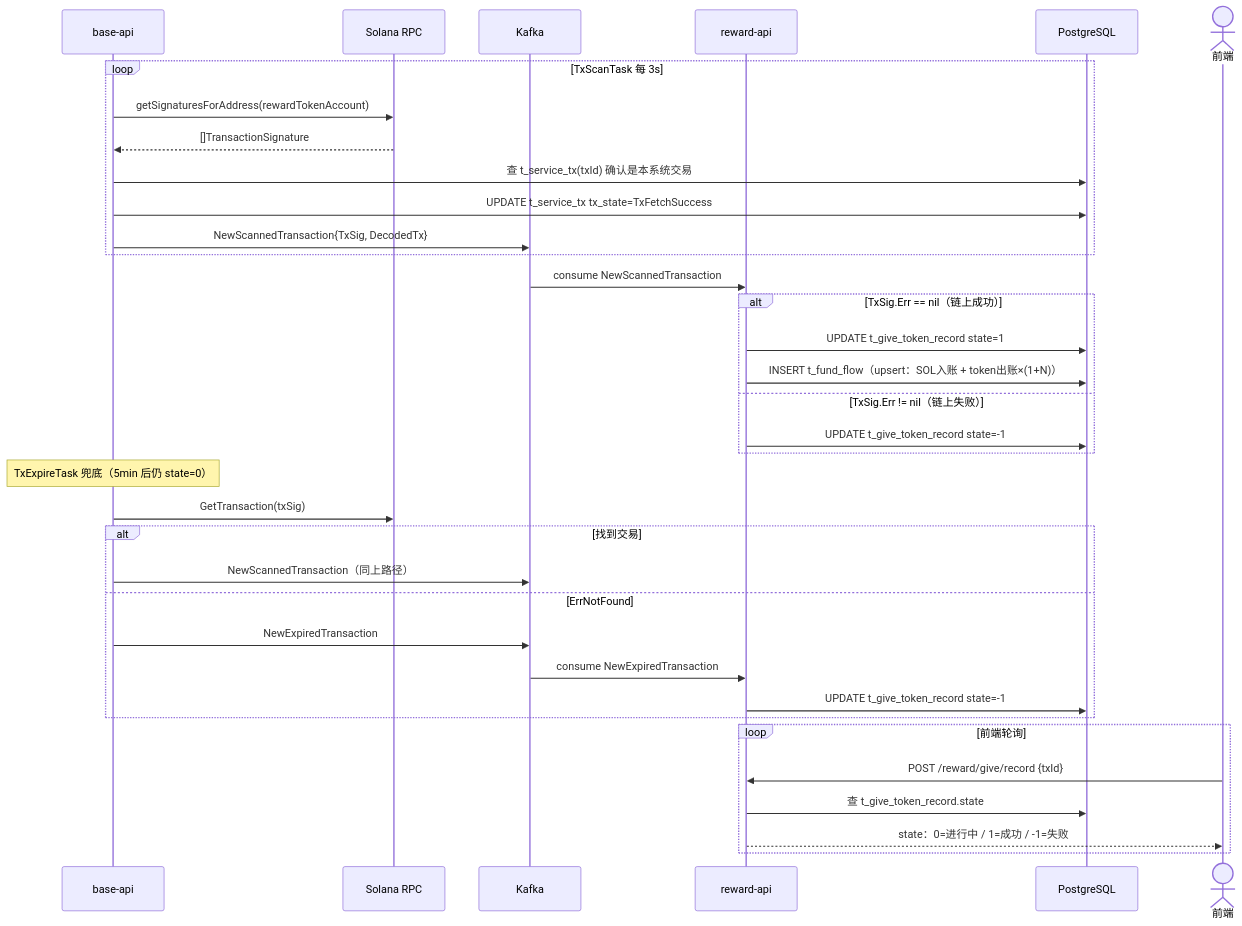
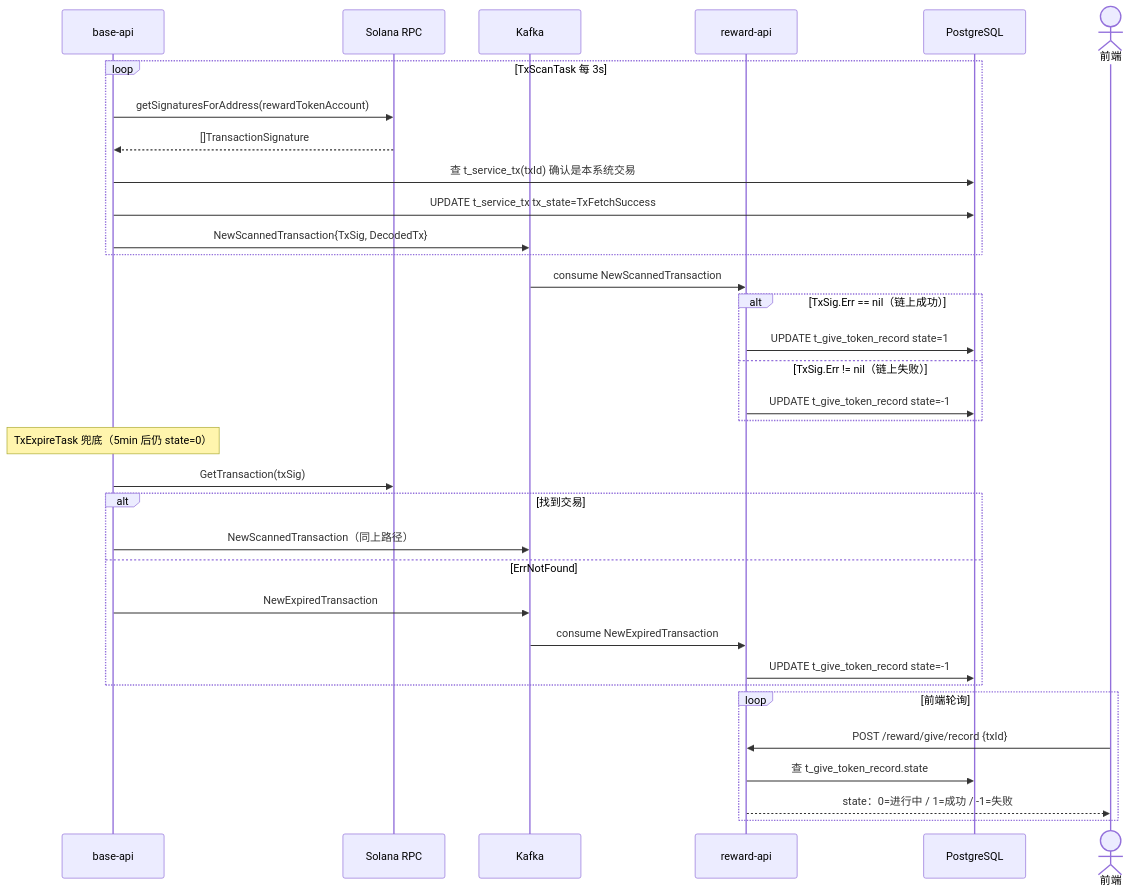
The third of 7 diagrams in docs/v1/reward_give_token.md (BillInUK/oshit-go), drawn with Mermaid before and after one commit. The commit also changed other lines of this file and 20 other files, not shown here.

````diff
--- a/docs/v1/reward_give_token.md
+++ b/docs/v1/reward_give_token.md
@@ -150,41 +150,40 @@
 ```mermaid
 sequenceDiagram
     participant B as base-api
     participant SOL as Solana RPC
     participant K as Kafka
     participant R as reward-api
     participant DB as PostgreSQL
     actor FE as 前端
 
     loop TxScanTask 每 3s
         B->>SOL: getSignaturesForAddress(rewardTokenAccount)
         SOL-->>B: []TransactionSignature
         B->>DB: 查 t_service_tx(txId) 确认是本系统交易
         B->>DB: UPDATE t_service_tx tx_state=TxFetchSuccess
         B->>K: NewScannedTransaction{TxSig, DecodedTx}
     end
 
     K->>R: consume NewScannedTransaction
     alt TxSig.Err == nil（链上成功）
         R->>DB: UPDATE t_give_token_record state=1
-        R->>DB: INSERT t_fund_flow（upsert：SOL入账 + token出账×(1+N)）
     else TxSig.Err != nil（链上失败）
         R->>DB: UPDATE t_give_token_record state=-1
     end
 
     Note over B: TxExpireTask 兜底（5min 后仍 state=0）
     B->>SOL: GetTransaction(txSig)
     alt 找到交易
         B->>K: NewScannedTransaction（同上路径）
     else ErrNotFound
         B->>K: NewExpiredTransaction
         K->>R: consume NewExpiredTransaction
         R->>DB: UPDATE t_give_token_record state=-1
     end
 
     loop 前端轮询
         FE->>R: POST /reward/give/record {txId}
         R->>DB: 查 t_give_token_record.state
         R-->>FE: state：0=进行中 / 1=成功 / -1=失败
     end
 ```
````
